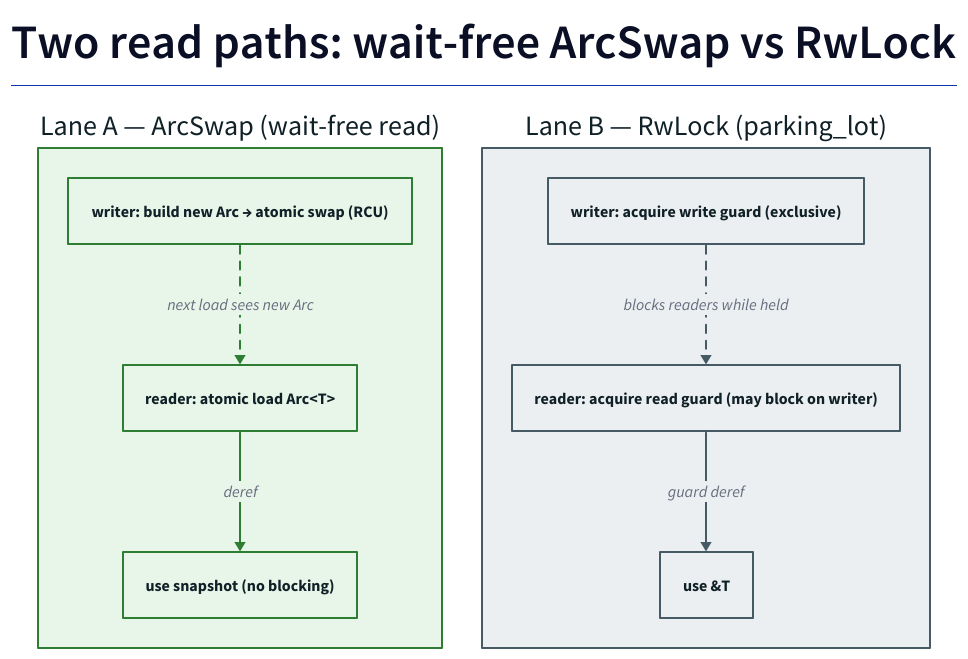
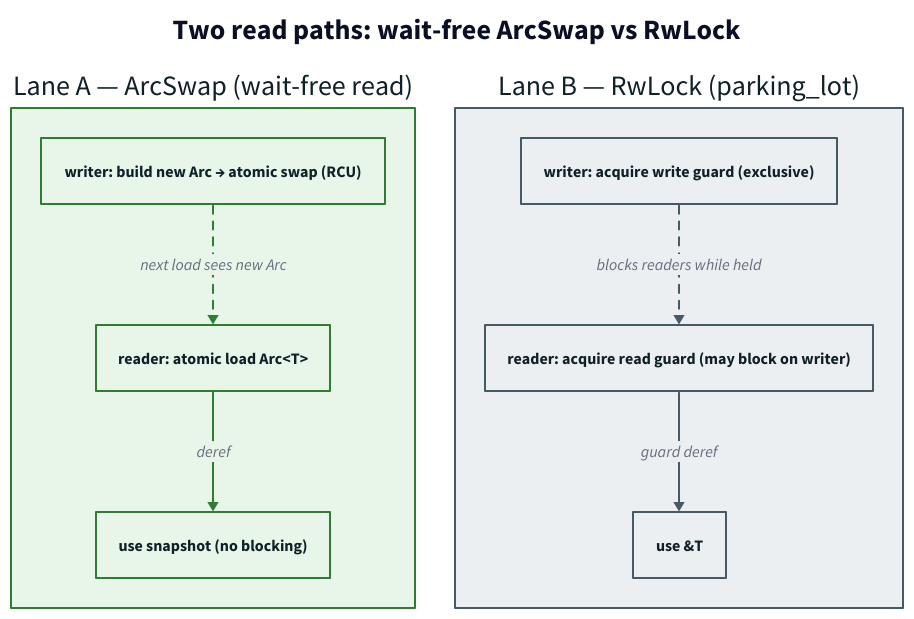
Before and after one commit to vinary-tree/liblevenshtein-rust: the diagram in docs/diagrams/concurrency/arcswap-vs-rwlock.d2, drawn with D2. The commit also changed 25 other files, not shown here.

First line of the commit message:
docs: update backend diagrams and archive limitation

```diff
--- a/docs/diagrams/concurrency/arcswap-vs-rwlock.d2
+++ b/docs/diagrams/concurrency/arcswap-vs-rwlock.d2
@@ -1,54 +1,57 @@
 # arcswap-vs-rwlock.d2 — the two read paths a dictionary backend can offer.
 # Lane A (green): ArcSwap / RCU — a reader atomically loads an Arc<T> snapshot and
 #   uses it without ever blocking; a writer builds a fresh Arc<T> and atomically
 #   swaps it in (read-copy-update). Readers and the writer never contend.
 # Lane B (blue-grey): RwLock (parking_lot) — a reader acquires a shared read guard
 #   (which blocks while a writer holds the lock) and uses &T; a writer acquires the
 #   exclusive write guard.
 # Color legend:
 #   green     #E8F5E9 / #2E7D32  = dictionary (wait-free ArcSwap path)
 #   blue-grey #ECEFF1 / #455A64  = concurrency (RwLock path)
 #   font      #102027            = all node text (house style)
 direction: down
 
-title: |md
-  # Two read paths: wait-free ArcSwap vs RwLock
-| { near: top-center; style.font-size: 24 }
+title: "Two read paths: wait-free ArcSwap vs RwLock" {
+  near: top-center
+  shape: text
+  style.font-size: 28
+  style.bold: true
+}
 
 laneA: "Lane A — ArcSwap (wait-free read)" {
   style.fill: "#E8F5E9"; style.stroke: "#2E7D32"; style.font-color: "#102027"
 
   rload: "reader: atomic load Arc<T>" {
     style.fill: "#E8F5E9"; style.stroke: "#2E7D32"; style.font-color: "#102027"
   }
   ruse: "use snapshot (no blocking)" {
     style.fill: "#E8F5E9"; style.stroke: "#2E7D32"; style.font-color: "#102027"
   }
   wswap: "writer: build new Arc → atomic swap (RCU)" {
     style.fill: "#E8F5E9"; style.stroke: "#2E7D32"; style.font-color: "#102027"
   }
 
   rload -> ruse: "deref" { style.stroke: "#2E7D32"; style.stroke-width: 2 }
   wswap -> rload: "next load sees new Arc" {
     style.stroke: "#2E7D32"; style.stroke-width: 2; style.stroke-dash: 4
   }
 }
 
 laneB: "Lane B — RwLock (parking_lot)" {
   style.fill: "#ECEFF1"; style.stroke: "#455A64"; style.font-color: "#102027"
 
   racq: "reader: acquire read guard (may block on writer)" {
     style.fill: "#ECEFF1"; style.stroke: "#455A64"; style.font-color: "#102027"
   }
   ruse2: "use &T" {
     style.fill: "#ECEFF1"; style.stroke: "#455A64"; style.font-color: "#102027"
   }
   wacq: "writer: acquire write guard (exclusive)" {
     style.fill: "#ECEFF1"; style.stroke: "#455A64"; style.font-color: "#102027"
   }
 
   racq -> ruse2: "guard deref" { style.stroke: "#455A64"; style.stroke-width: 2 }
   wacq -> racq: "blocks readers while held" {
     style.stroke: "#455A64"; style.stroke-width: 2; style.stroke-dash: 4
   }
 }
```
